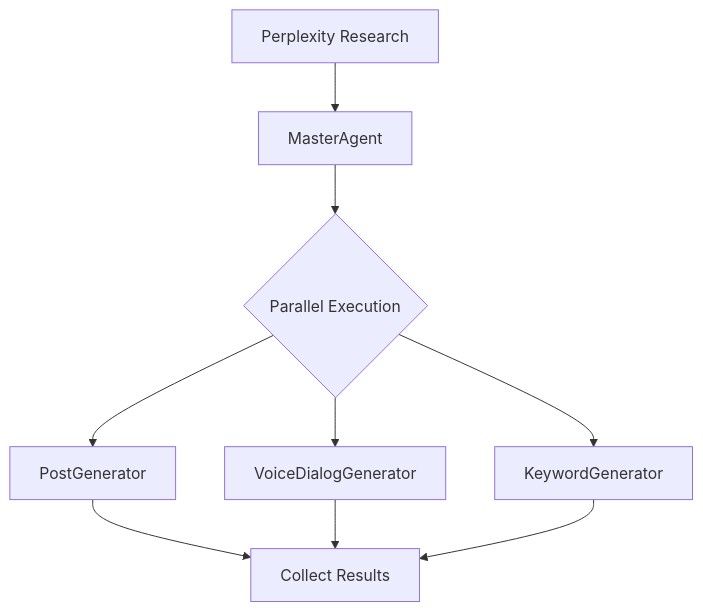
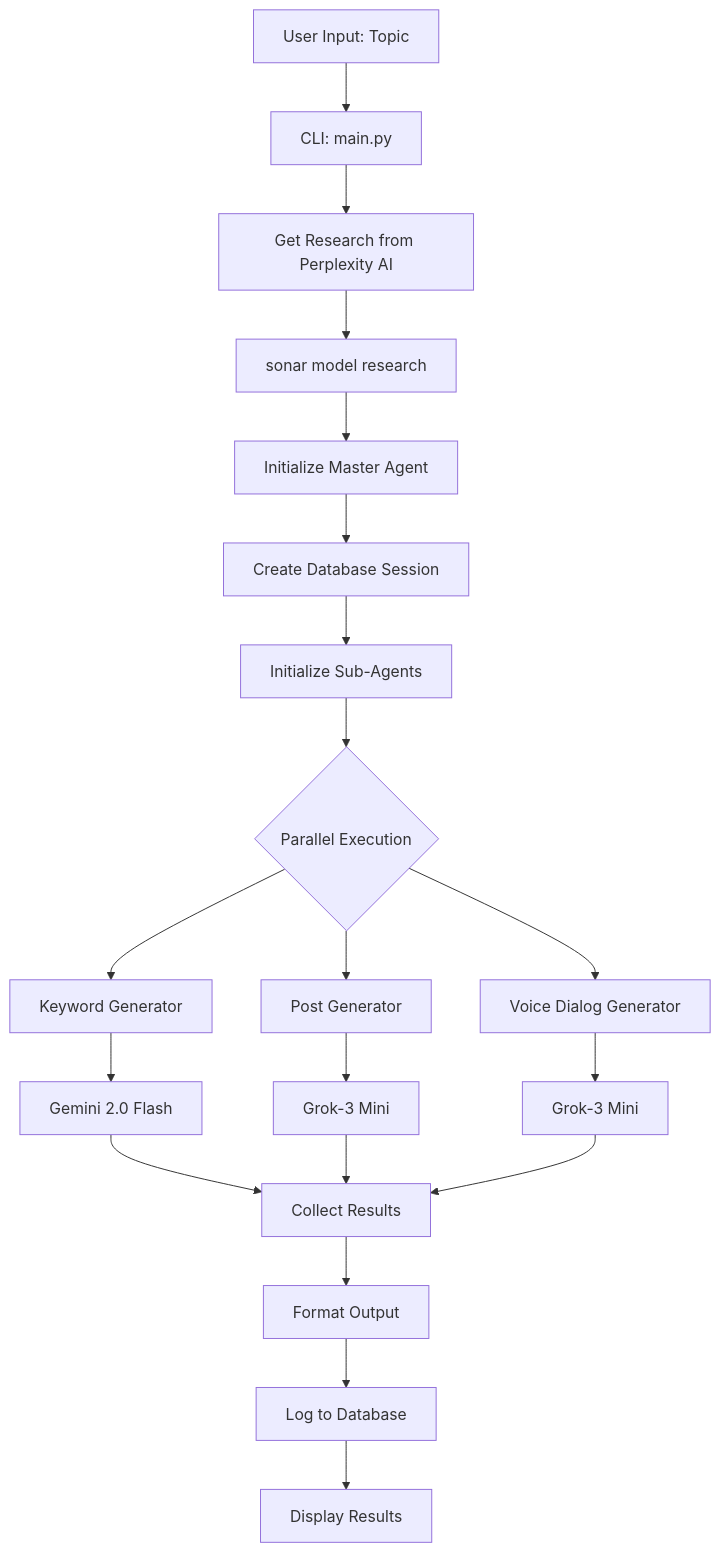
Before and after one commit to wubbyweb/agentic-podcast-generator: the diagram in sequence.md, drawn with Mermaid. The commit also changed other lines of this file and 17 other files, not shown here.

````diff
--- a/sequence.md
+++ b/sequence.md
@@ -1,11 +5,22 @@
-``` mermaid
+```mermaid
 graph TD
-    A[Perplexity Research] --> B[MasterAgent]
-    B --> C{Parallel Execution}
-    C --> D[PostGenerator]
-    C --> E[VoiceDialogGenerator]
-    C --> F[KeywordGenerator]
-    D --> G[Collect Results]
-    E --> G
-    F --> G
+    A[User Input: Topic] --> B[CLI: main.py]
+    B --> C[Get Research from Perplexity AI]
+    C --> D[sonar model research]
+    D --> E[Initialize Master Agent]
+    E --> F[Create Database Session]
+    F --> G[Initialize Sub-Agents]
+    G --> H{Parallel Execution}
+    H --> I[Keyword Generator]
+    H --> J[Post Generator]
+    H --> K[Voice Dialog Generator]
+    I --> L[Gemini 2.0 Flash]
+    J --> M[Grok-3 Mini]
+    K --> N[Grok-3 Mini]
+    L --> O[Collect Results]
+    M --> O
+    N --> O
+    O --> P[Format Output]
+    P --> Q[Log to Database]
+    Q --> R[Display Results]
 ```
````
